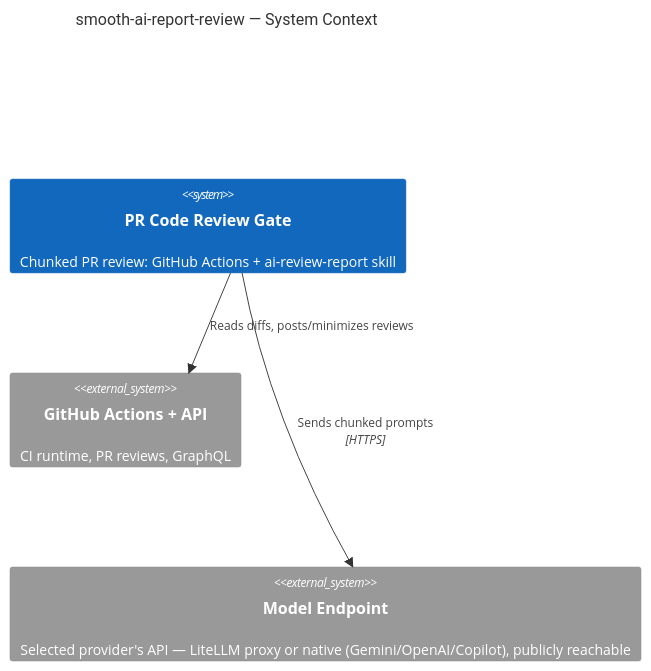
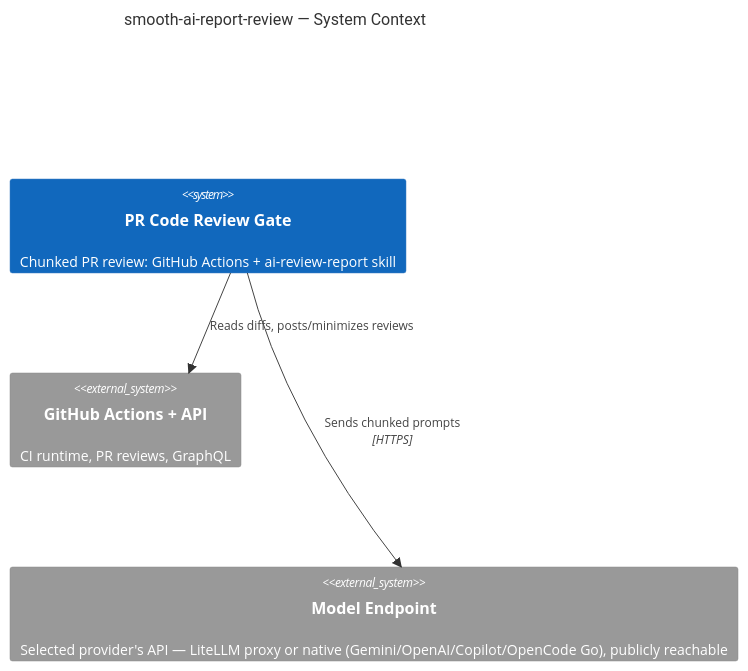
Before and after one commit to generic-automation-and-it/smooth-ai-report-review: the diagram in AGENTS.md, drawn with Mermaid. The commit also changed other lines of this file and 13 other files, not shown here.

First line of the commit message:
feat[4]: add OpenCode Go provider (go-openai + go-anthropic) to the review gate (#5)

````diff
--- a/AGENTS.md
+++ b/AGENTS.md
@@ -17,9 +17,9 @@
 ```mermaid
 C4Context
     title smooth-ai-report-review — System Context
     System(gate, "PR Code Review Gate", "Chunked PR review: GitHub Actions + ai-review-report skill")
     System_Ext(github, "GitHub Actions + API", "CI runtime, PR reviews, GraphQL")
-    System_Ext(gateway, "Model Endpoint", "Selected provider's API — LiteLLM proxy or native (Gemini/OpenAI/Copilot), publicly reachable")
+    System_Ext(gateway, "Model Endpoint", "Selected provider's API — LiteLLM proxy or native (Gemini/OpenAI/Copilot/OpenCode Go), publicly reachable")
     Rel(gate, github, "Reads diffs, posts/minimizes reviews")
     Rel(gate, gateway, "Sends chunked prompts", "HTTPS")
 ```
````
